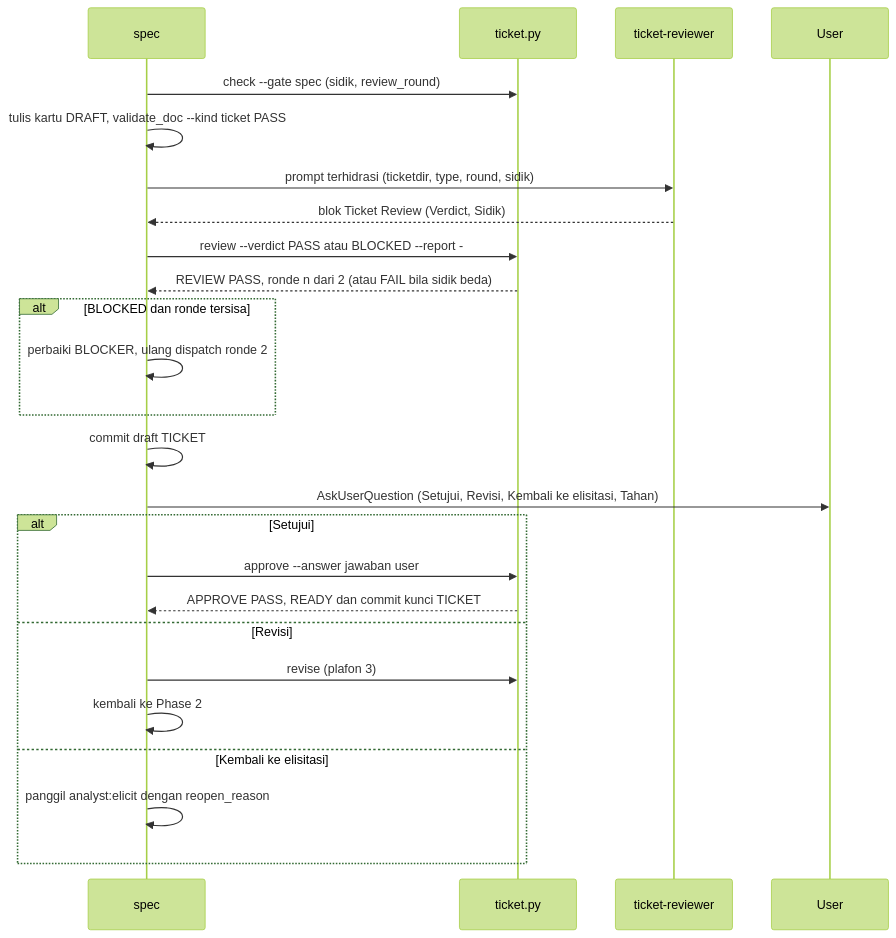
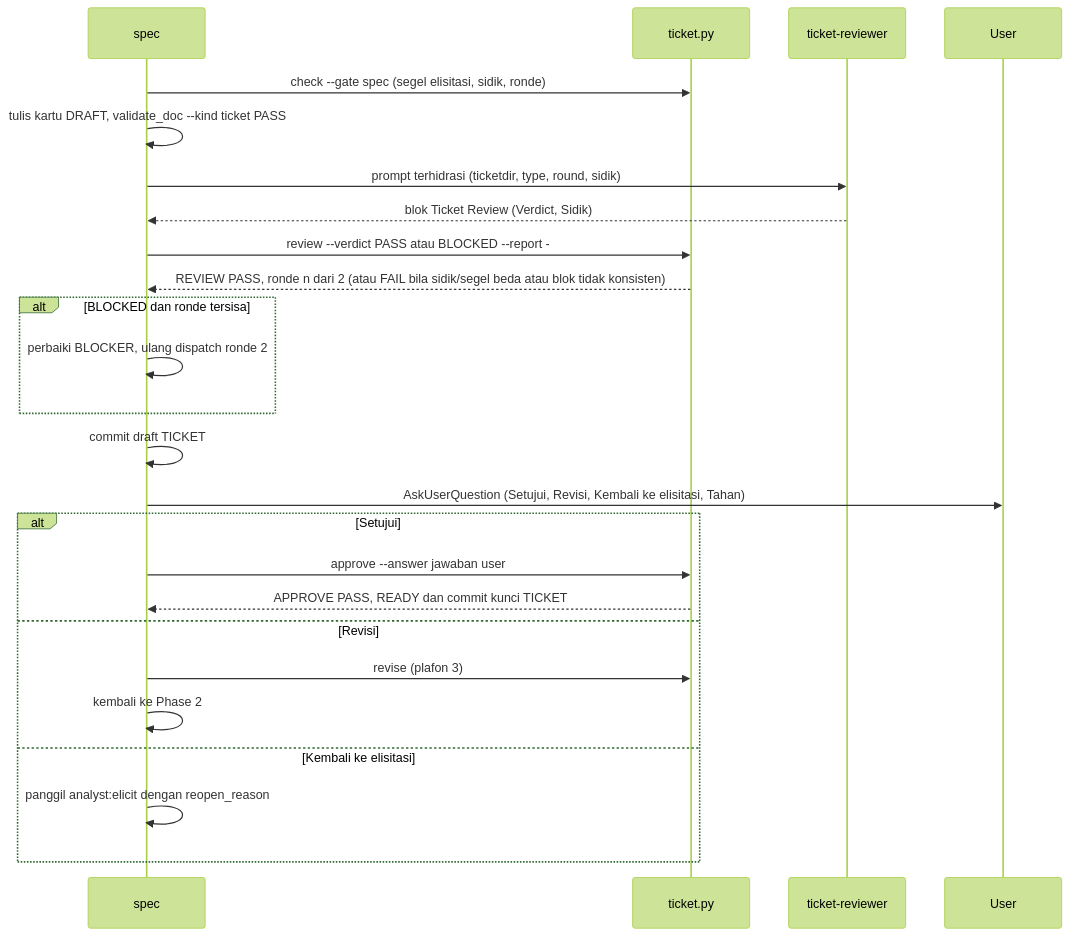
The third of 4 diagrams in flow/analyst.md (nataflow/agentic-workflow), drawn with Mermaid (forest theme) before and after one commit. The commit also changed other lines of this file and 10 other files, not shown here.

First line of the commit message:
docs(analyst): selaraskan SKILL, template, reviewer, README, dan flow dengan close, segel, dan new (10 G10)

````diff
--- a/flow/analyst.md
+++ b/flow/analyst.md
@@ -211,27 +218,27 @@
 ```mermaid
 sequenceDiagram
     participant S as spec
     participant T as ticket.py
     participant R as ticket-reviewer
     participant U as User
-    S->>T: check --gate spec (sidik, review_round)
+    S->>T: check --gate spec (segel elisitasi, sidik, ronde)
     S->>S: tulis kartu DRAFT, validate_doc --kind ticket PASS
     S->>R: prompt terhidrasi (ticketdir, type, round, sidik)
     R-->>S: blok Ticket Review (Verdict, Sidik)
     S->>T: review --verdict PASS atau BLOCKED --report -
-    T-->>S: REVIEW PASS, ronde n dari 2 (atau FAIL bila sidik beda)
+    T-->>S: REVIEW PASS, ronde n dari 2 (atau FAIL bila sidik/segel beda atau blok tidak konsisten)
     alt BLOCKED dan ronde tersisa
         S->>S: perbaiki BLOCKER, ulang dispatch ronde 2
     end
     S->>S: commit draft TICKET
     S->>U: AskUserQuestion (Setujui, Revisi, Kembali ke elisitasi, Tahan)
     alt Setujui
         S->>T: approve --answer jawaban user
         T-->>S: APPROVE PASS, READY dan commit kunci TICKET
     else Revisi
         S->>T: revise (plafon 3)
         S->>S: kembali ke Phase 2
     else Kembali ke elisitasi
         S->>S: panggil analyst:elicit dengan reopen_reason
     end
 ```
````
